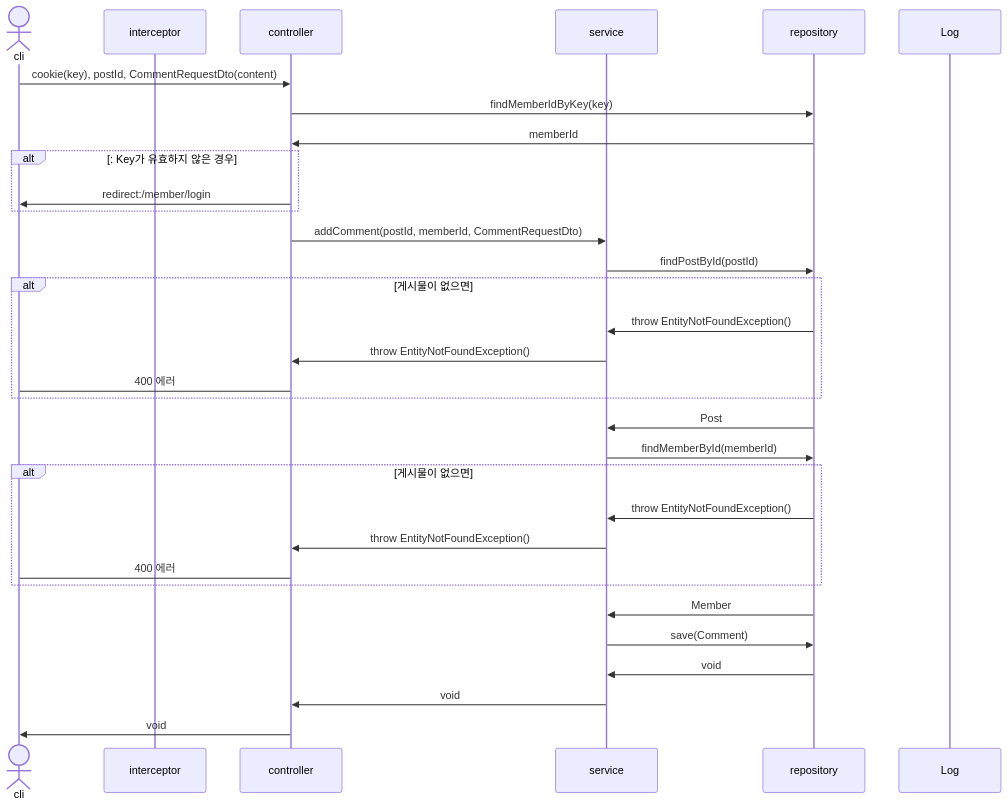
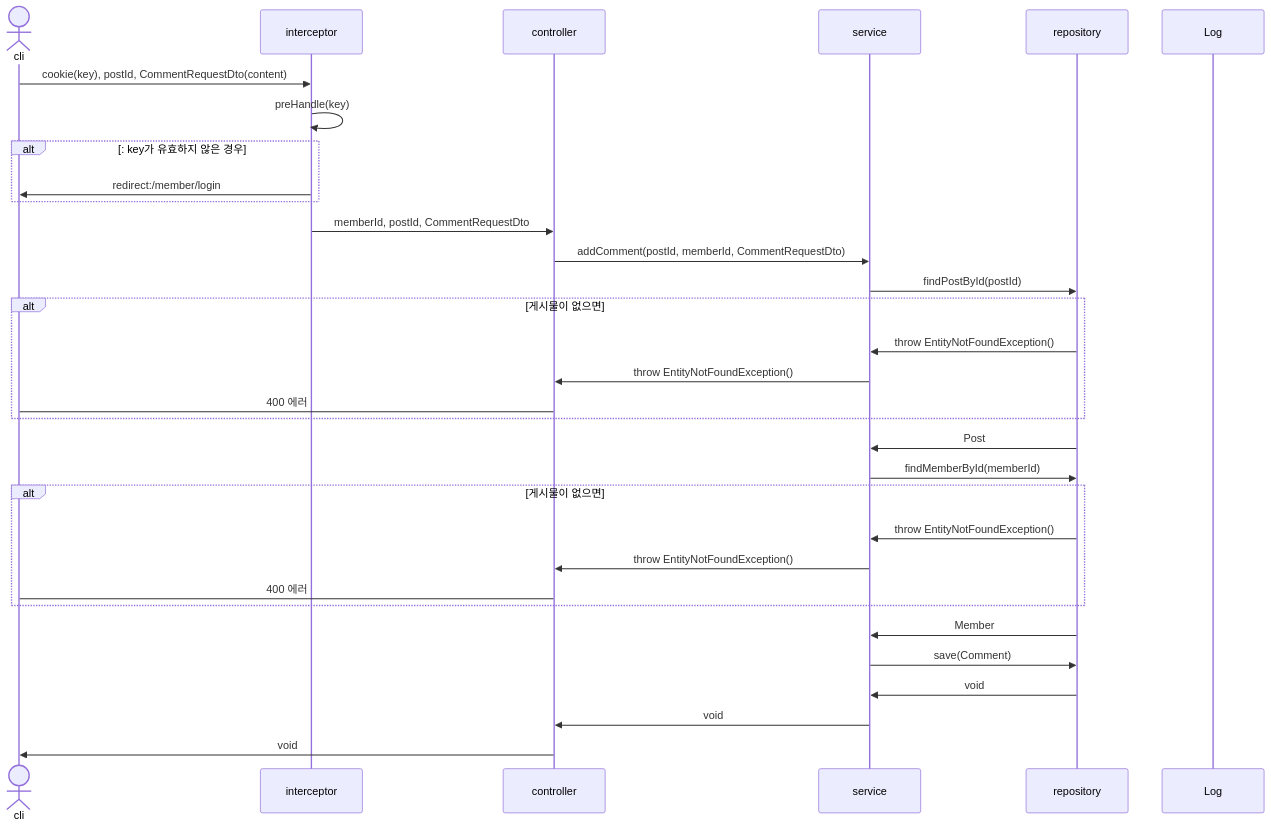
Diagram 21 of 30 in sequence.md (mtak0235/snsX), drawn with Mermaid before and after one commit. The commit also changed other lines of this file, not shown here.

````diff
--- a/sequence.md
+++ b/sequence.md
@@ -548,35 +547,35 @@
 ```mermaid
 sequenceDiagram
 actor cli
 participant i as interceptor
 participant c as controller
 participant s as service
 participant r as repository
 participant l as Log
 
-cli->>c: cookie(key), postId, CommentRequestDto(content)
-c->>r: findMemberIdByKey(key)
-r->>c: memberId
-alt: Key가 유효하지 않은 경우
-c->>cli: redirect:/member/login
+cli->>i: cookie(key), postId, CommentRequestDto(content)
+i->>i: preHandle(key)
+alt: key가 유효하지 않은 경우
+i->>cli: redirect:/member/login
 end
+i->>c: memberId, postId, CommentRequestDto
 c->>s: addComment(postId, memberId, CommentRequestDto)
 s->>r: findPostById(postId)
 alt 게시물이 없으면
 r->>s: throw EntityNotFoundException()
 s->>c: throw EntityNotFoundException()
 c->cli: 400 에러
 end
 r->>s: Post
 s->>r: findMemberById(memberId)
 alt 게시물이 없으면
 r->>s: throw EntityNotFoundException()
 s->>c: throw EntityNotFoundException()
 c->cli: 400 에러
 end
 r->>s: Member
 s->>r: save(Comment)
 r->>s: void
 s->>c: void
 c->>cli: void
 ```
````
